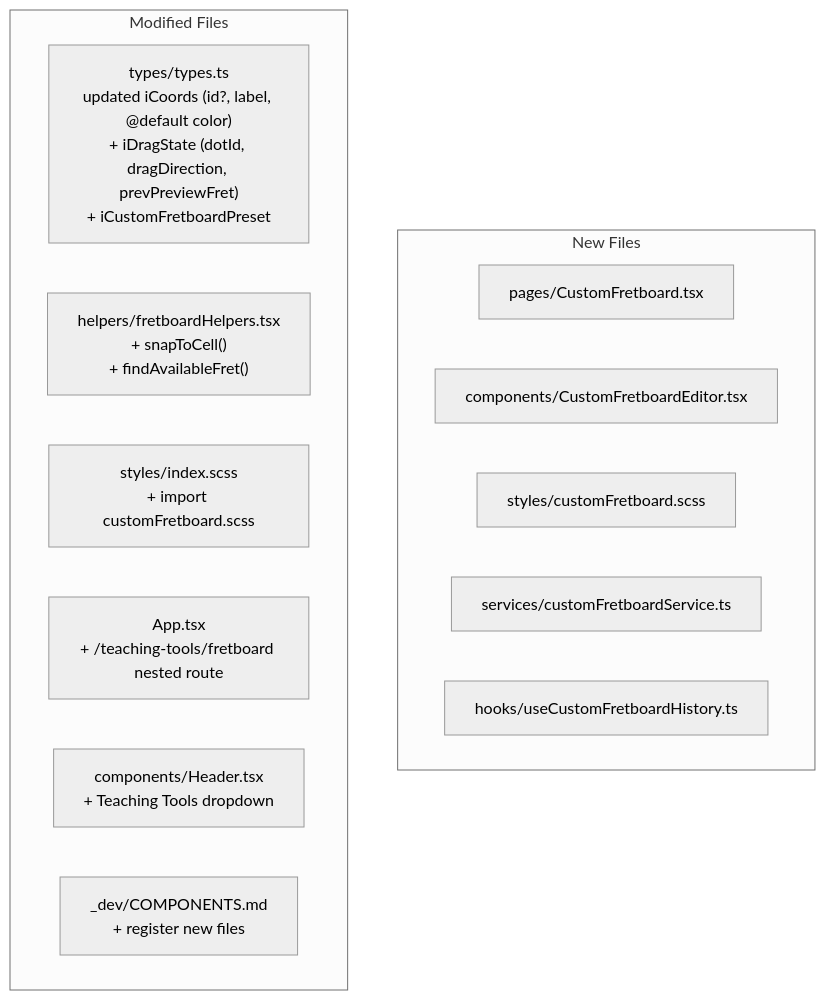
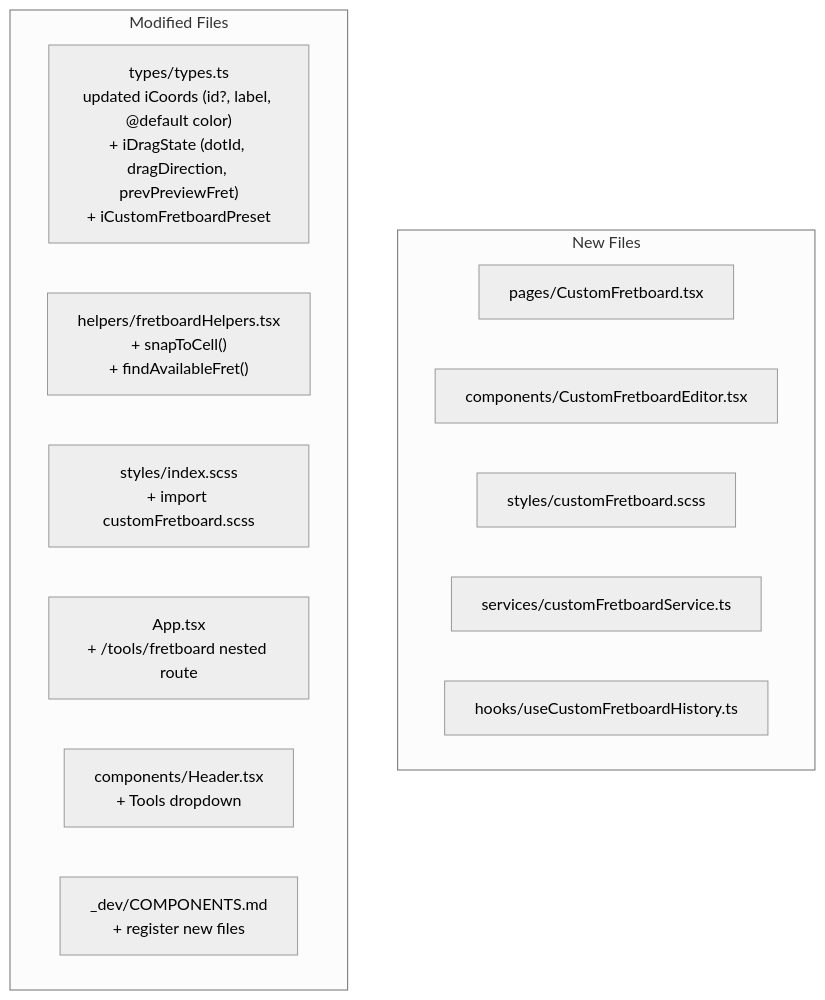
One commit to Cassen999/basscore changed the first of 18 diagrams in _dev/_teaching-tools/_custom-fretboard/CUSTOM_FRETBOARD_DIAGRAM.md. Above: the diagram before and after it, drawn with Mermaid (neutral theme). The commit also changed other lines of this file and 8 other files, not shown here.

Commit message:
Updated wording of Teaching Tools to Tools in all applicable files, gave tools menu dropdown a background color of overlays-2 and a border radius for consistency

````diff
--- a/_dev/_teaching-tools/_custom-fretboard/CUSTOM_FRETBOARD_DIAGRAM.md
+++ b/_dev/_teaching-tools/_custom-fretboard/CUSTOM_FRETBOARD_DIAGRAM.md
@@ -9,19 +9,19 @@
 ```mermaid
 flowchart TD
     subgraph NEW["New Files"]
         CF["pages/CustomFretboard.tsx"]
         CFE["components/CustomFretboardEditor.tsx"]
         SCSS["styles/customFretboard.scss"]
         SVC["services/customFretboardService.ts"]
         HOOK["hooks/useCustomFretboardHistory.ts"]
     end
 
     subgraph MODIFIED["Modified Files"]
         TYPES["types/types.ts\nupdated iCoords (id?, label, @default color)\n+ iDragState (dotId, dragDirection, prevPreviewFret)\n+ iCustomFretboardPreset"]
         HELPERS["helpers/fretboardHelpers.tsx\n+ snapToCell()\n+ findAvailableFret()"]
         INDEX["styles/index.scss\n+ import customFretboard.scss"]
-        APP["App.tsx\n+ /teaching-tools/fretboard nested route"]
-        HEADER["components/Header.tsx\n+ Teaching Tools dropdown"]
+        APP["App.tsx\n+ /tools/fretboard nested route"]
+        HEADER["components/Header.tsx\n+ Tools dropdown"]
         COMPDOC["_dev/COMPONENTS.md\n+ register new files"]
     end
 ```
````
